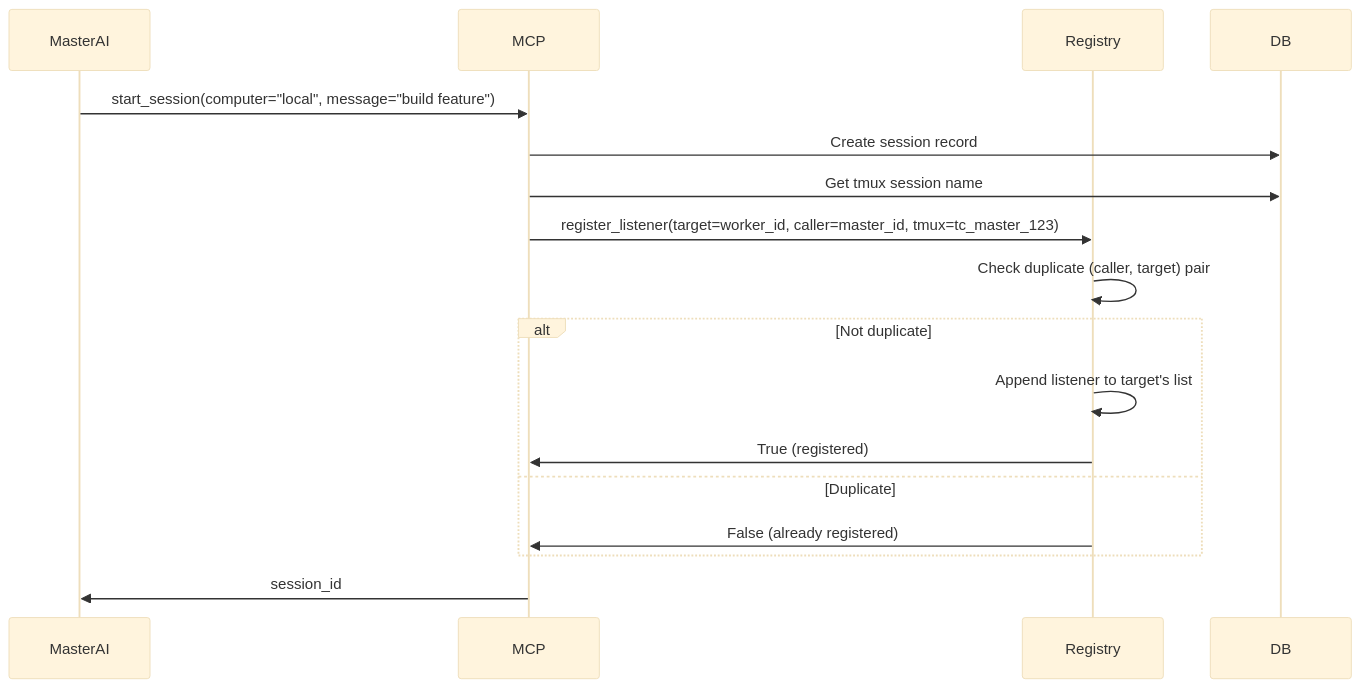
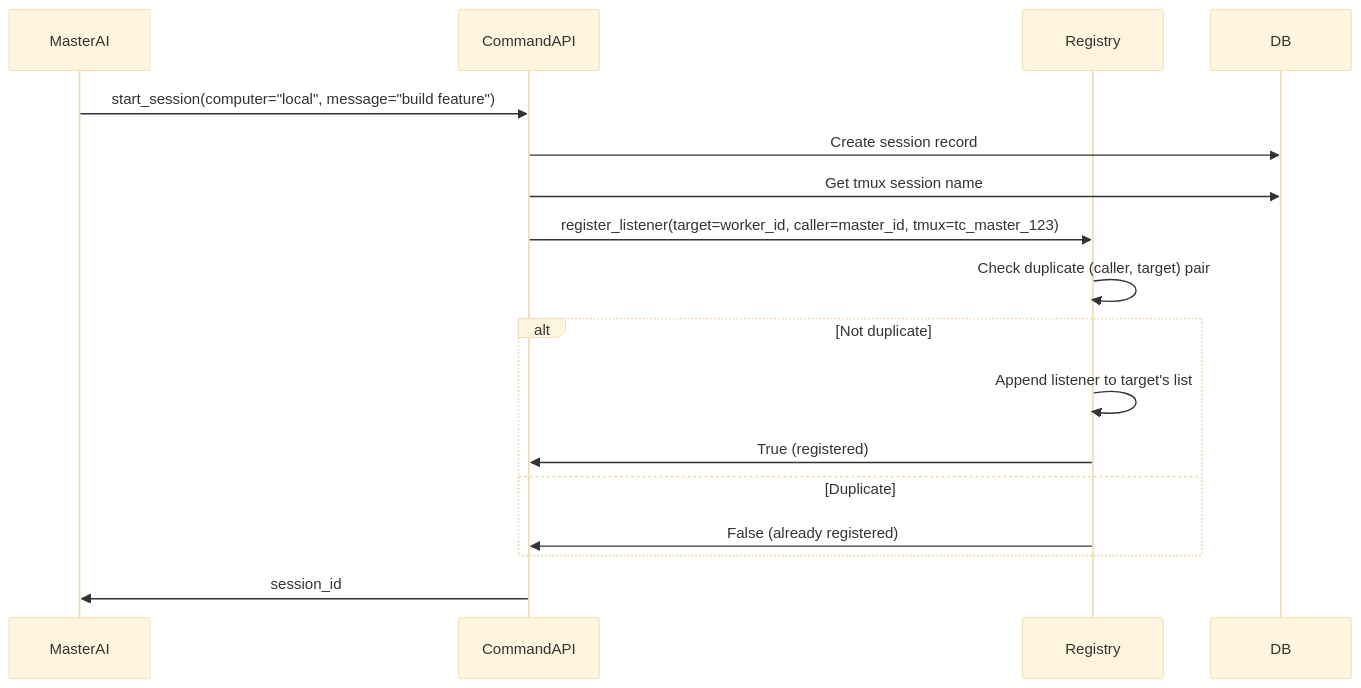
One commit to InstruktAI/TeleClaude changed the first of 4 diagrams in docs/project/design/architecture/session-listeners.md. Above: the diagram before and after it, drawn with Mermaid (base theme). The commit also changed other lines of this file and 149 other files, not shown here.

````diff
--- a/docs/project/design/architecture/session-listeners.md
+++ b/docs/project/design/architecture/session-listeners.md
@@ -49,20 +49,20 @@
 ```mermaid
 sequenceDiagram
     participant MasterAI
-    participant MCP
+    participant CommandAPI
     participant Registry
     participant DB
 
-    MasterAI->>MCP: start_session(computer="local", message="build feature")
-    MCP->>DB: Create session record
-    MCP->>DB: Get tmux session name
-    MCP->>Registry: register_listener(target=worker_id, caller=master_id, tmux=tc_master_123)
+    MasterAI->>CommandAPI: start_session(computer="local", message="build feature")
+    CommandAPI->>DB: Create session record
+    CommandAPI->>DB: Get tmux session name
+    CommandAPI->>Registry: register_listener(target=worker_id, caller=master_id, tmux=tc_master_123)
     Registry->>Registry: Check duplicate (caller, target) pair
     alt Not duplicate
         Registry->>Registry: Append listener to target's list
-        Registry->>MCP: True (registered)
+        Registry->>CommandAPI: True (registered)
     else Duplicate
-        Registry->>MCP: False (already registered)
+        Registry->>CommandAPI: False (already registered)
     end
-    MCP->>MasterAI: session_id
+    CommandAPI->>MasterAI: session_id
 ```
````
